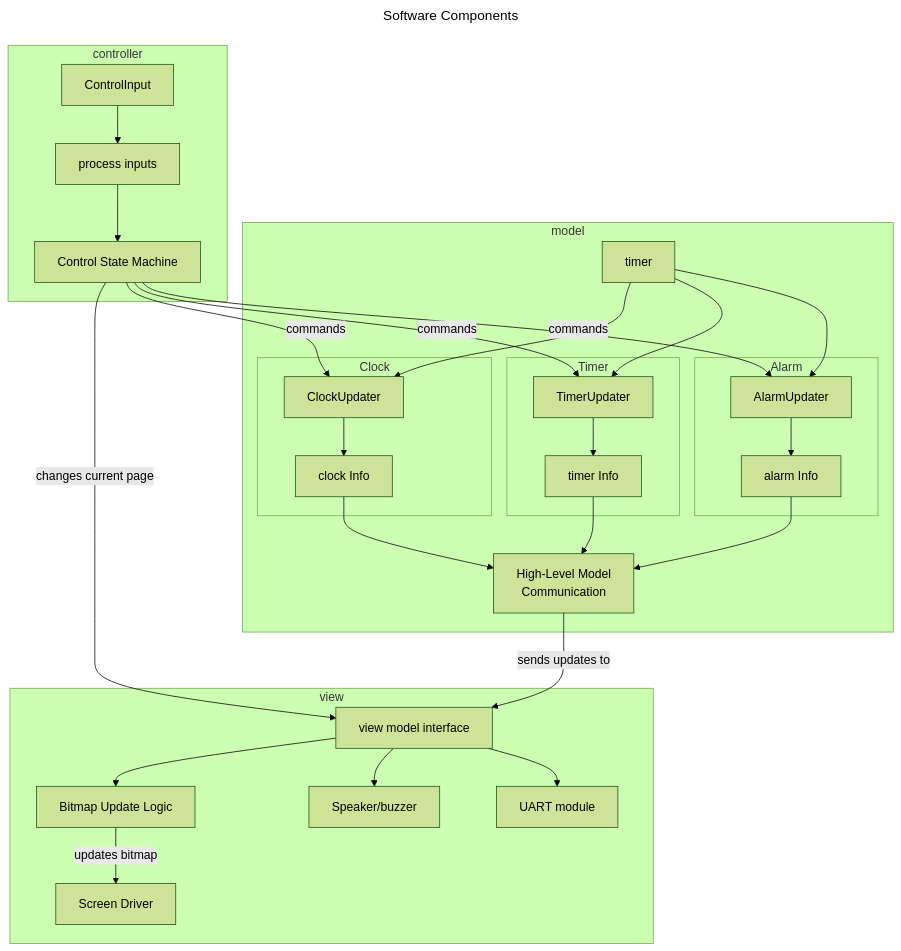
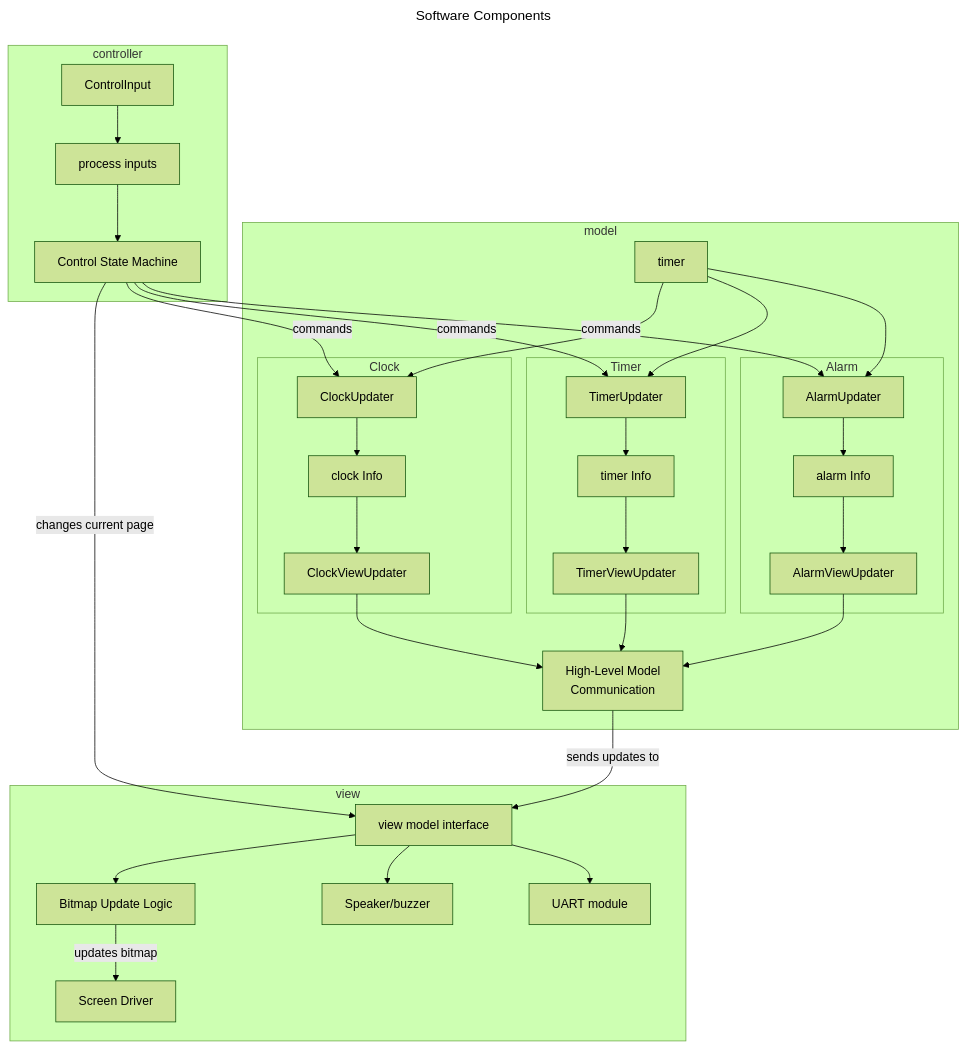
Before and after one commit to jack4hughes/embedded_clock_project: the second of 2 diagrams in readme.md, drawn with Mermaid (forest theme). The commit also changed 6 other files, not shown here.

````diff
--- a/readme.md
+++ b/readme.md
@@ -87,68 +87,71 @@
 ```mermaid
 ---
 title: Software Components
 ---
 flowchart TD
 ScreenDriver[Screen Driver]
 
 subgraph view
   ViewModelInterface[view model interface]
   ScreenDriver
   BitmapLogic[Bitmap Update Logic]
   Speaker[Speaker/buzzer]
   UART[UART module]
   ViewModelInterface --> BitmapLogic
   BitmapLogic -- updates bitmap --> ScreenDriver
 	ViewModelInterface--> Speaker
 	ViewModelInterface--> UART
 end
 
 subgraph model
 timer
 
 timer --> ClockUpdater
 timer --> TimerUpdater
 timer --> AlarmUpdater
 
 subgraph Clock
 ClockInfo[clock Info]
 ClockUpdater
+ClockViewUpdater
 end
 
 subgraph Timer
 TimerInfo[timer Info]
 TimerUpdater
+TimerViewUpdater
 end
 
 subgraph Alarm
 AlarmInfo[alarm Info]
 AlarmUpdater
+AlarmViewUpdater
 end
 
 modelViewInterface["High-Level Model
 Communication"]
 
 ClockUpdater --> ClockInfo
 TimerUpdater --> TimerInfo
 AlarmUpdater --> AlarmInfo
 
-ClockInfo --> modelViewInterface
-TimerInfo --> modelViewInterface
-AlarmInfo --> modelViewInterface
+ClockInfo --> ClockViewUpdater --> modelViewInterface
+TimerInfo --> TimerViewUpdater --> modelViewInterface
+AlarmInfo --> AlarmViewUpdater --> modelViewInterface
 end
 
 subgraph controller
 ControlInput
 ControlPreProcessing[process inputs]
 CurrentStateMachine[Control State Machine]
 
 ControlInput --> ControlPreProcessing
 ControlPreProcessing --> CurrentStateMachine
 end
 
 CurrentStateMachine -- changes current page --> ViewModelInterface
 CurrentStateMachine -- commands --> ClockUpdater
 CurrentStateMachine -- commands --> TimerUpdater
 CurrentStateMachine -- commands --> AlarmUpdater
 modelViewInterface -- sends updates to --> ViewModelInterface
 ```
````
